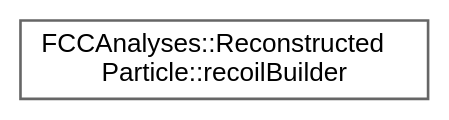
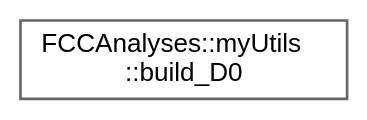
One commit to HEP-FCC/FCCAnalyses changed the diagram in doc/latest/inherit_graph_53.dot. Above: the diagram before and after it, drawn with Graphviz. The commit also changed 117 other files, not shown here.

```diff
--- a/doc/latest/inherit_graph_53.dot
+++ b/doc/latest/inherit_graph_53.dot
@@ -1,9 +1,9 @@
 digraph "Graphical Class Hierarchy"
 {
  // LATEX_PDF_SIZE
   bgcolor="transparent";
   edge [fontname=Helvetica,fontsize=10,labelfontname=Helvetica,labelfontsize=10];
   node [fontname=Helvetica,fontsize=10,shape=box,height=0.2,width=0.4];
   rankdir="LR";
-  Node0 [id="Node000000",label="FCCAnalyses::Reconstructed\lParticle::recoilBuilder",height=0.2,width=0.4,color="grey40", fillcolor="white", style="filled",URL="$structFCCAnalyses_1_1ReconstructedParticle_1_1recoilBuilder.html",tooltip="build the recoil from an arbitrary list of input ReconstructedPartilces and the center of mass energy"];
+  Node0 [id="Node000000",label="FCCAnalyses::myUtils\l::build_D0",height=0.2,width=0.4,color="grey40", fillcolor="white", style="filled",URL="$structFCCAnalyses_1_1myUtils_1_1build__D0.html",tooltip=" "];
 }
```
